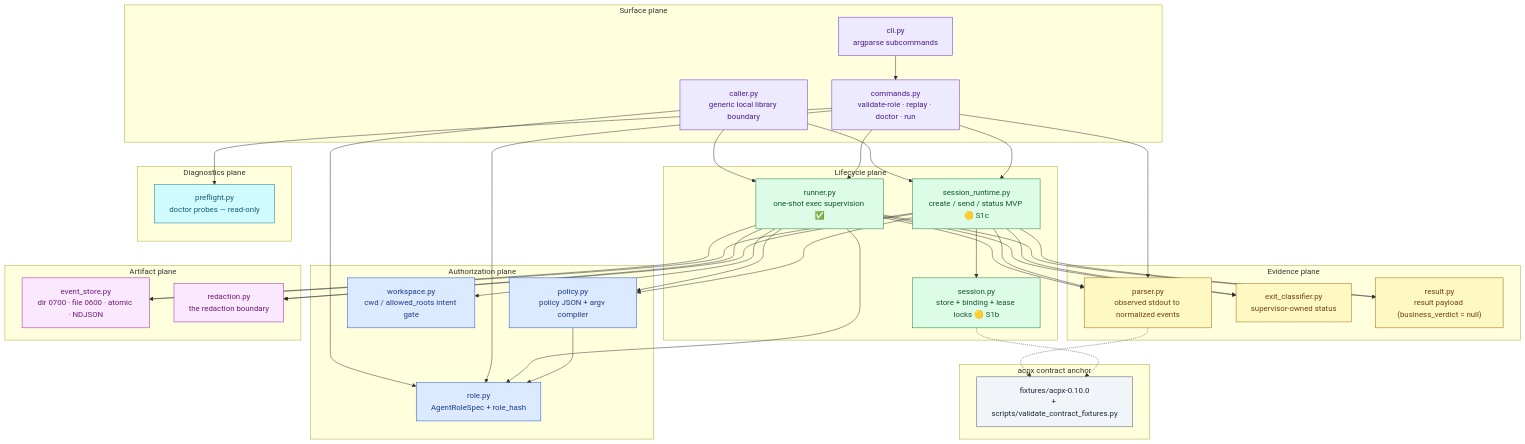
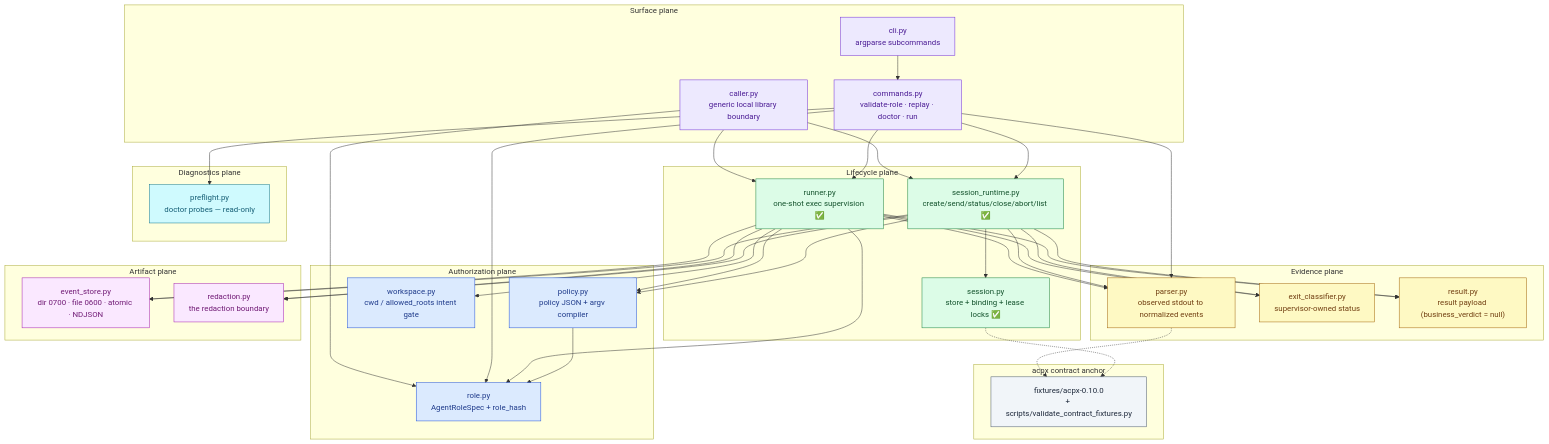
One commit to jovijovi/agent-run-supervisor changed the second of 7 diagrams in docs/design/architecture.md. Above: the diagram before and after it, drawn with Mermaid. The commit also changed other lines of this file and 13 other files, not shown here.

```diff
--- a/docs/design/architecture.md
+++ b/docs/design/architecture.md
@@ -139,8 +140,8 @@
 
     subgraph LIFE["Lifecycle plane"]
         RUN["runner.py<br/>one-shot exec supervision ✅"]
-        SESS["session.py<br/>store + binding + lease locks 🟡 S1b"]
-        SESSRT["session_runtime.py<br/>create / send / status MVP 🟡 S1c"]
+        SESS["session.py<br/>store + binding + lease locks ✅"]
+        SESSRT["session_runtime.py<br/>create/send/status/close/abort/list ✅"]
     end
 
     subgraph EVID["Evidence plane"]
```
